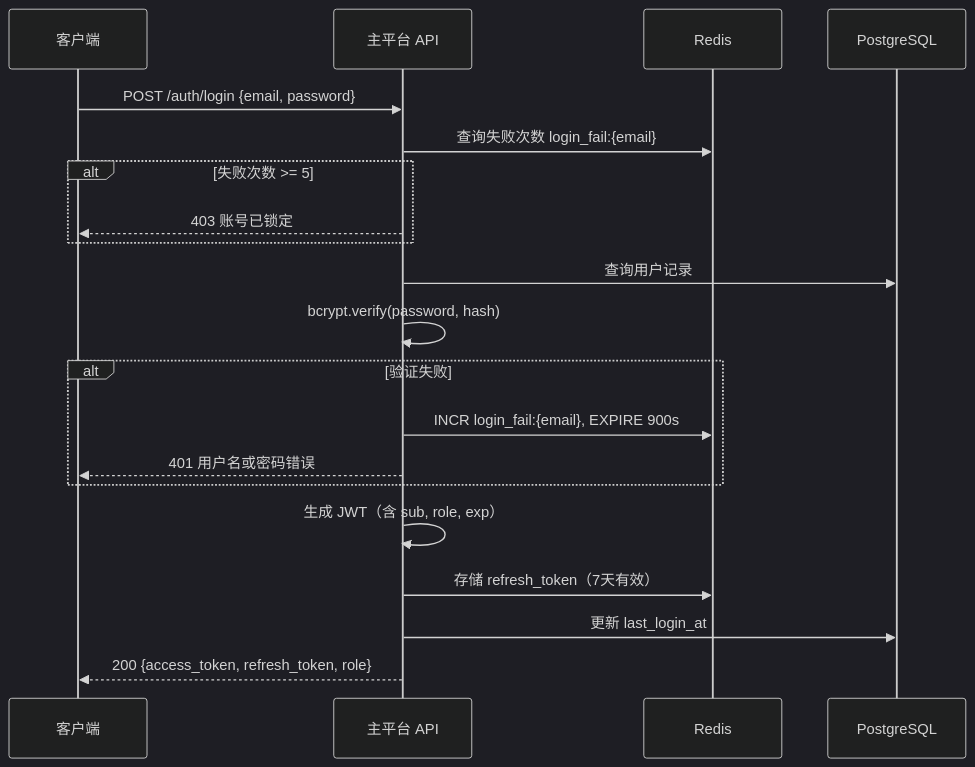
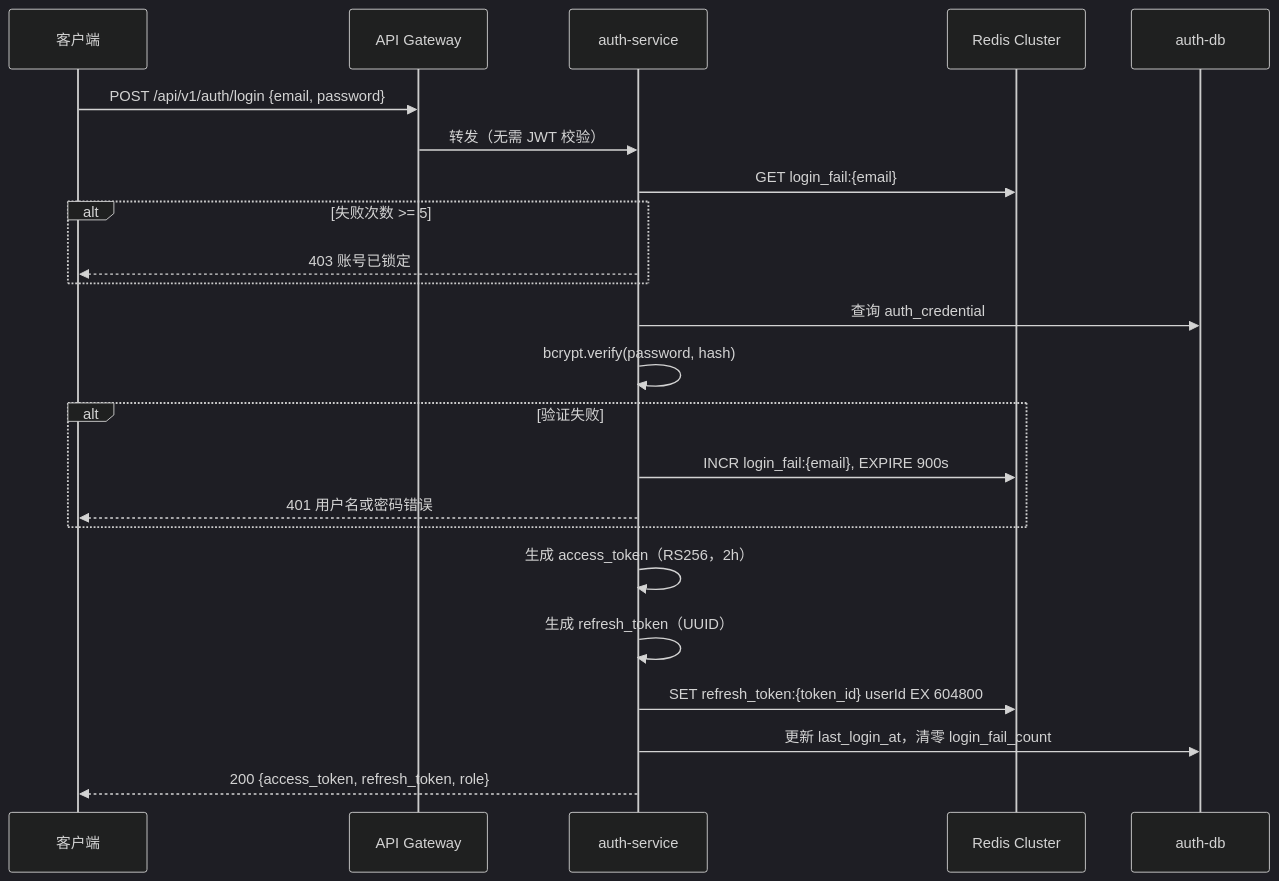
Before and after one commit to xice-1201/CloudTeachingAI: the eighth of 20 diagrams in docs/design/SDD-CloudTeachingAI.md, drawn with Mermaid (dark theme). The commit also changed other lines of this file, not shown here.

````diff
--- a/docs/design/SDD-CloudTeachingAI.md
+++ b/docs/design/SDD-CloudTeachingAI.md
@@ -538,23 +752,26 @@
 ```mermaid
 sequenceDiagram
     participant C as 客户端
-    participant API as 主平台 API
-    participant Redis as Redis
-    participant DB as PostgreSQL
+    participant GW as API Gateway
+    participant Auth as auth-service
+    participant Redis as Redis Cluster
+    participant DB as auth-db
 
-    C->>API: POST /auth/login {email, password}
-    API->>Redis: 查询失败次数 login_fail:{email}
+    C->>GW: POST /api/v1/auth/login {email, password}
+    GW->>Auth: 转发（无需 JWT 校验）
+    Auth->>Redis: GET login_fail:{email}
     alt 失败次数 >= 5
-        API-->>C: 403 账号已锁定
+        Auth-->>C: 403 账号已锁定
     end
-    API->>DB: 查询用户记录
-    API->>API: bcrypt.verify(password, hash)
+    Auth->>DB: 查询 auth_credential
+    Auth->>Auth: bcrypt.verify(password, hash)
     alt 验证失败
-        API->>Redis: INCR login_fail:{email}, EXPIRE 900s
-        API-->>C: 401 用户名或密码错误
+        Auth->>Redis: INCR login_fail:{email}, EXPIRE 900s
+        Auth-->>C: 401 用户名或密码错误
     end
-    API->>API: 生成 JWT（含 sub, role, exp）
-    API->>Redis: 存储 refresh_token（7天有效）
-    API->>DB: 更新 last_login_at
-    API-->>C: 200 {access_token, refresh_token, role}
+    Auth->>Auth: 生成 access_token（RS256，2h）
+    Auth->>Auth: 生成 refresh_token（UUID）
+    Auth->>Redis: SET refresh_token:{token_id} userId EX 604800
+    Auth->>DB: 更新 last_login_at，清零 login_fail_count
+    Auth-->>C: 200 {access_token, refresh_token, role}
 ```
````
